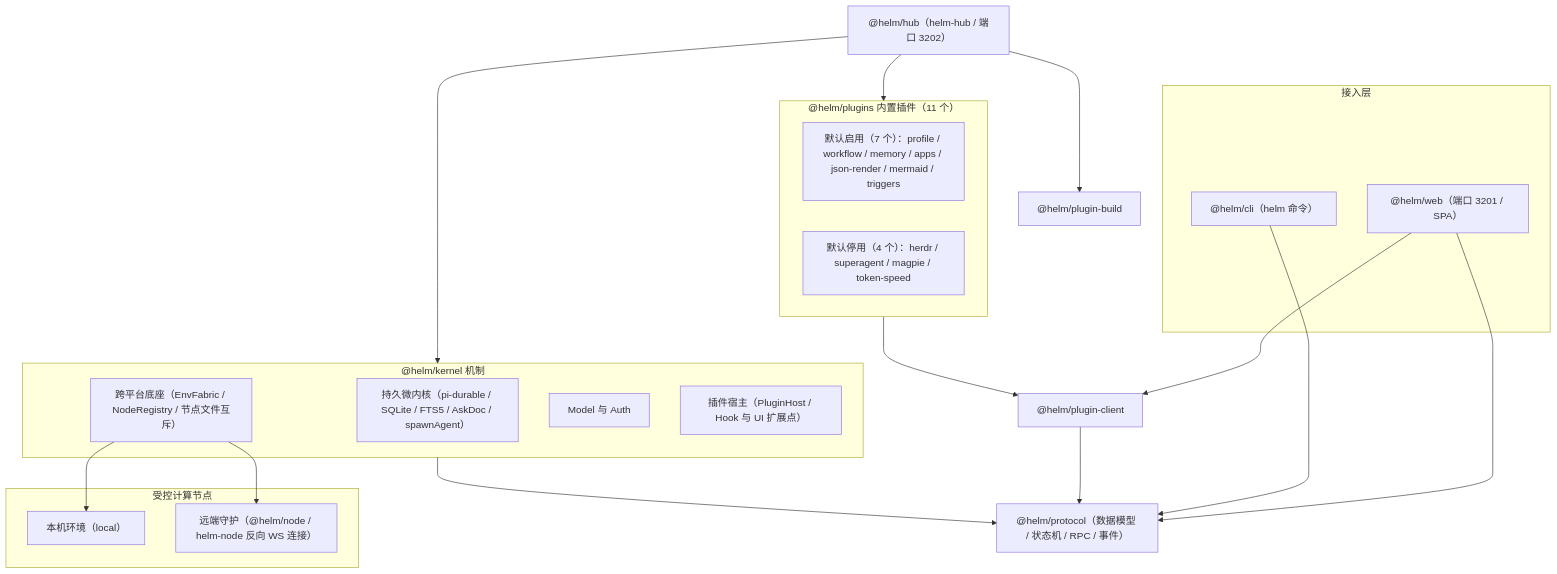
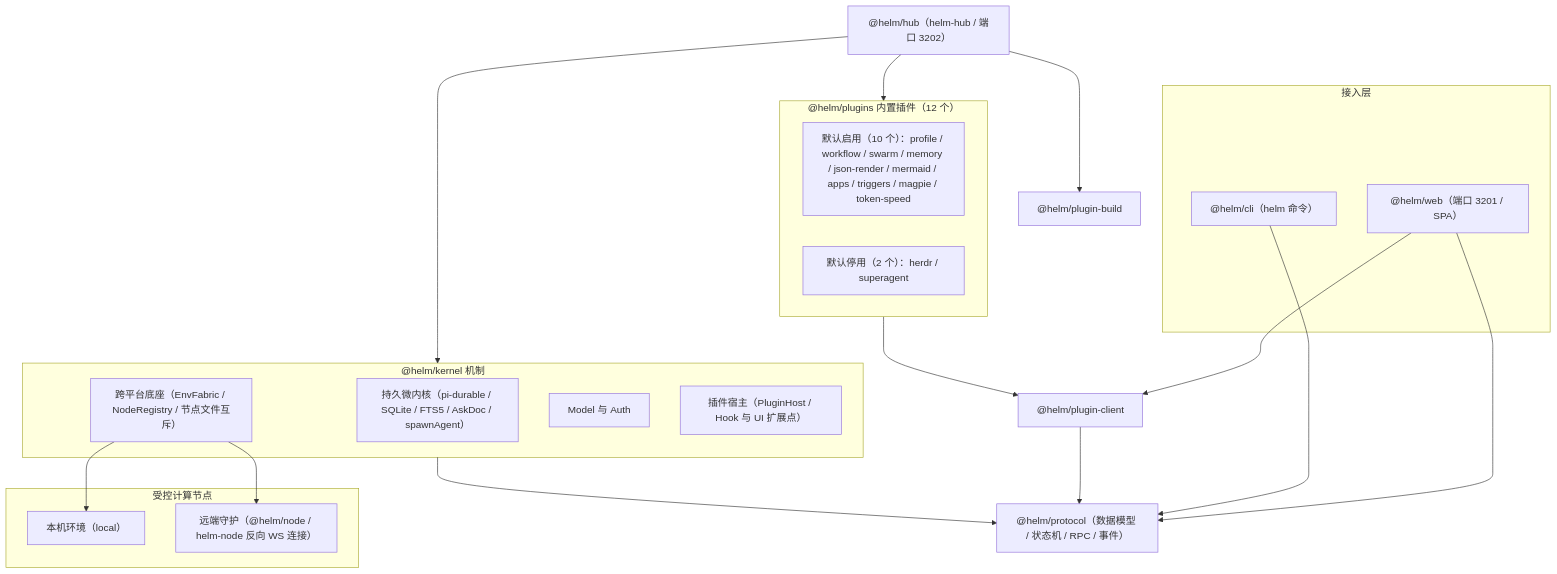
One commit to team4u/helm changed the diagram in README.md. Above: the diagram before and after it, drawn with Mermaid. The commit also changed other lines of this file, not shown here.

````diff
--- a/README.md
+++ b/README.md
@@ -30,41 +30,41 @@
 ```mermaid
 flowchart TD
     subgraph Client["接入层"]
         Web["@helm/web（端口 3201 / SPA）"]
         CLI["@helm/cli（helm 命令）"]
     end
 
     Hub["@helm/hub（helm-hub / 端口 3202）"]
     Build["@helm/plugin-build"]
     ClientSdk["@helm/plugin-client"]
     Prot["@helm/protocol（数据模型 / 状态机 / RPC / 事件）"]
 
     subgraph Kernel["@helm/kernel 机制"]
         Durable["持久微内核（pi-durable / SQLite / FTS5 / AskDoc / spawnAgent）"]
         Fabric["跨平台底座（EnvFabric / NodeRegistry / 节点文件互斥）"]
         ModelAuth["Model 与 Auth"]
         Host["插件宿主（PluginHost / Hook 与 UI 扩展点）"]
     end
 
     subgraph Nodes["受控计算节点"]
         Local["本机环境（local）"]
         Remote["远端守护（@helm/node / helm-node 反向 WS 连接）"]
     end
 
-    subgraph Plugins["@helm/plugins 内置插件（11 个）"]
-        Enabled["默认启用（7 个）：profile / workflow / memory / apps / json-render / mermaid / triggers"]
-        Disabled["默认停用（4 个）：herdr / superagent / magpie / token-speed"]
+    subgraph Plugins["@helm/plugins 内置插件（12 个）"]
+        Enabled["默认启用（10 个）：profile / workflow / swarm / memory / json-render / mermaid / apps / triggers / magpie / token-speed"]
+        Disabled["默认停用（2 个）：herdr / superagent"]
     end
 
     Web --> ClientSdk
     Web --> Prot
     CLI --> Prot
     Hub --> Kernel
     Hub --> Plugins
     Hub --> Build
     Kernel --> Prot
     Plugins --> ClientSdk
     ClientSdk --> Prot
     Fabric --> Local
     Fabric --> Remote
 ```
````
